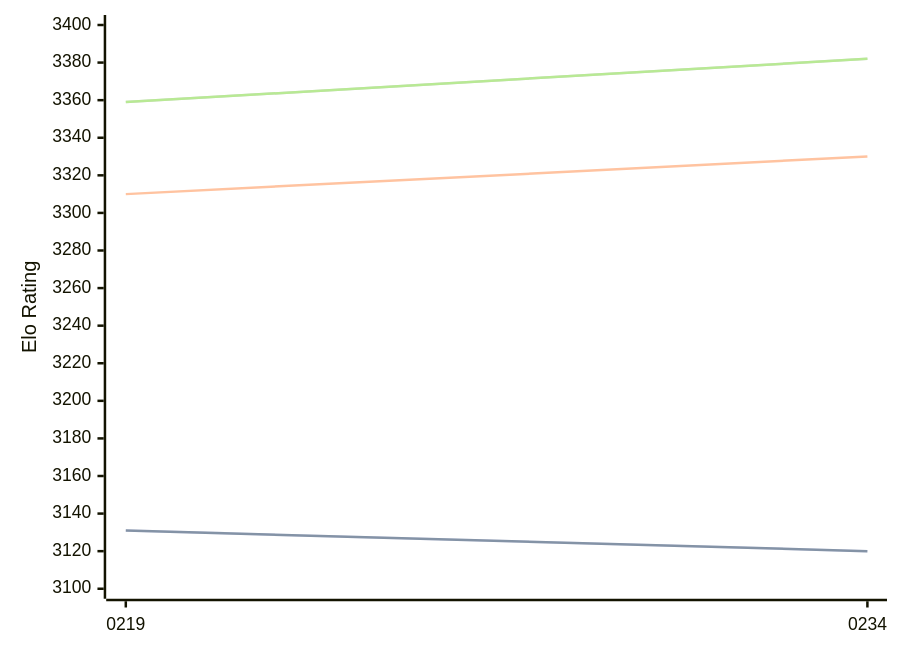
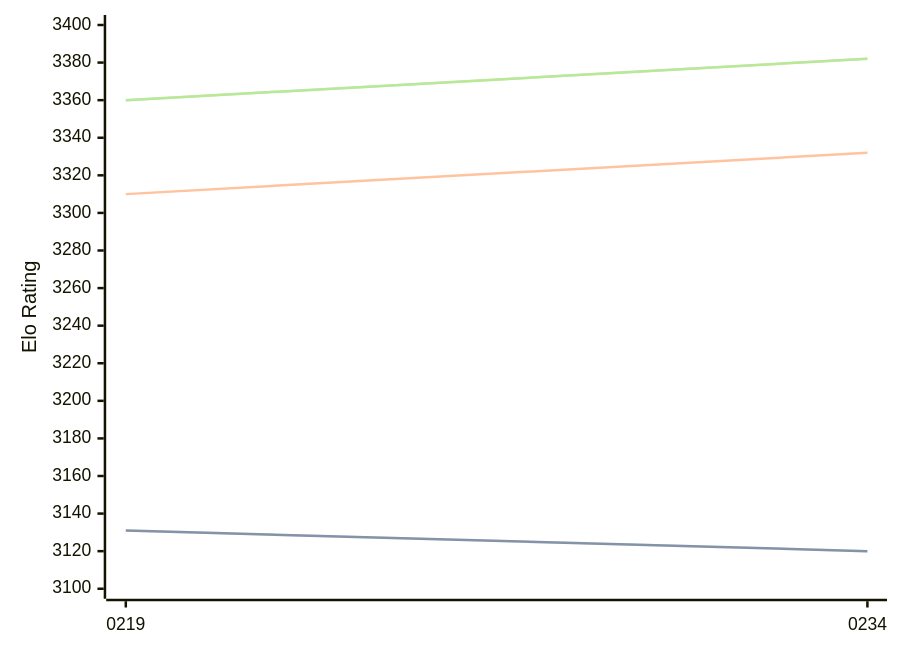
One commit to computer-chess-index/cci changed the diagram in engines/Ynode.md. Above: the diagram before and after it, drawn with Mermaid. The commit also changed other lines of this file, not shown here.

Commit message:
Update CCI Ratings (ELO VLTC) - 2026-07-29

````diff
--- a/engines/Ynode.md
+++ b/engines/Ynode.md
@@ -39,11 +39,11 @@
 ```mermaid
 %%{init: {"theme":"base","themeVariables":{"seriesColors:['#a3a3a3','#222221','#faa371']}}}%%
 xychart-beta
   x-axis ["0219", "0234"]
   y-axis "Elo Rating" 3100 --> 3400
   line "STC (8.0+0.08s)" [3131, 3120]
   line "STC (8.0+0.08s)" [3131, 3120]
-  line "LTC (60.0+0.60s)" [3310, 3330]
-  line "VLTC (2m24s+1.12s)" [3359, 3382]
-  line "VLTC (2m24s+1.12s)" [3359, 3382]
+  line "LTC (60.0+0.60s)" [3310, 3332]
+  line "VLTC (2m24s+1.12s)" [3360, 3382]
+  line "VLTC (2m24s+1.12s)" [3360, 3382]
 ```
````
